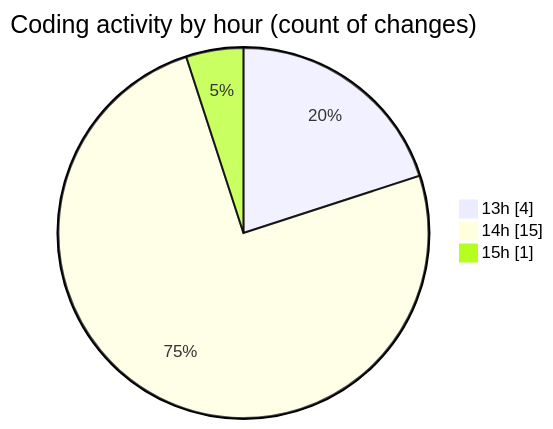
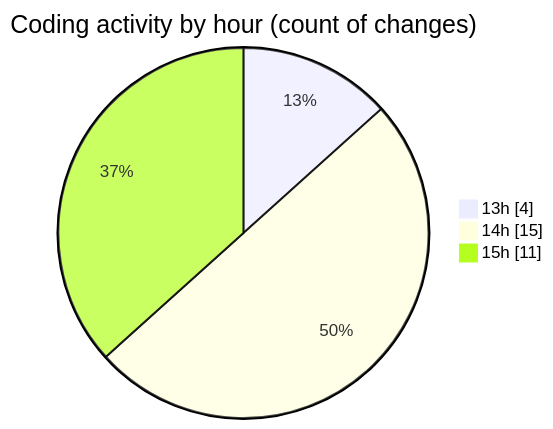
The second of 2 diagrams in 2025-01-21/projects/README.md (Ritupan-Deka/code-tracking), drawn with Mermaid before and after one commit. The commit also changed other lines of this file and 1 other file, not shown here.

````diff
--- a/2025-01-21/projects/README.md
+++ b/2025-01-21/projects/README.md
@@ -28,7 +33,7 @@
 ```mermaid
 pie showData
 title Coding activity by hour (count of changes)
 "13h" : 4
 "14h" : 15
-"15h" : 1
+"15h" : 11
 ```
````
